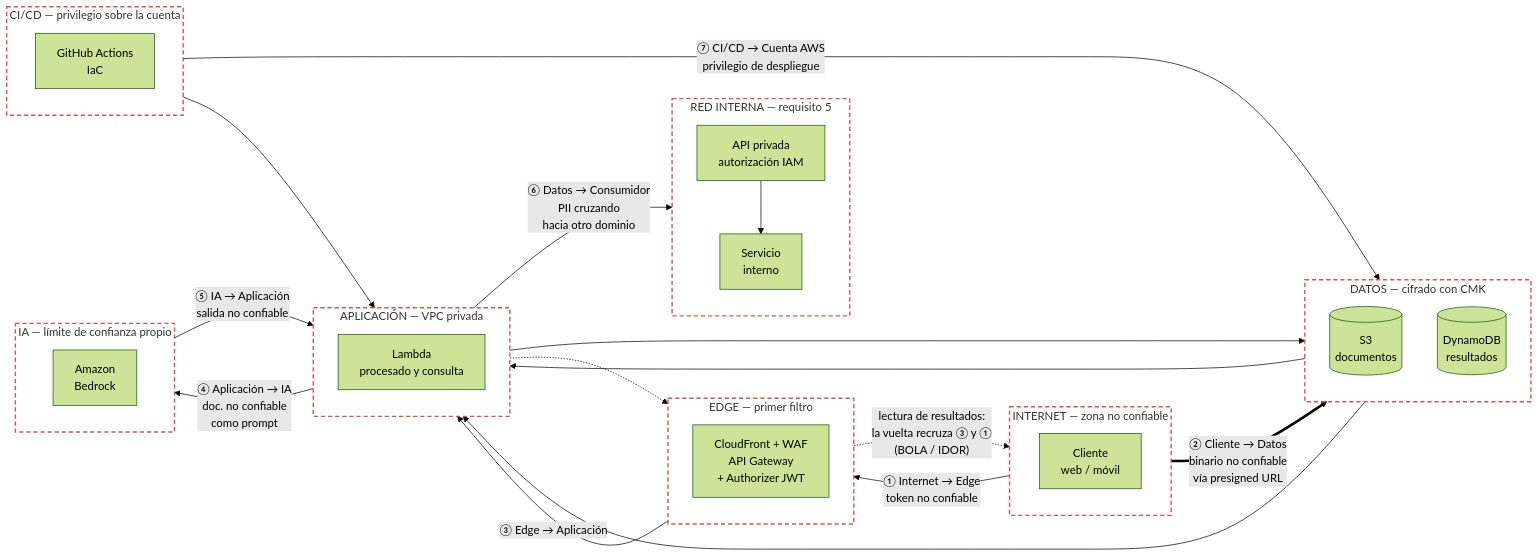
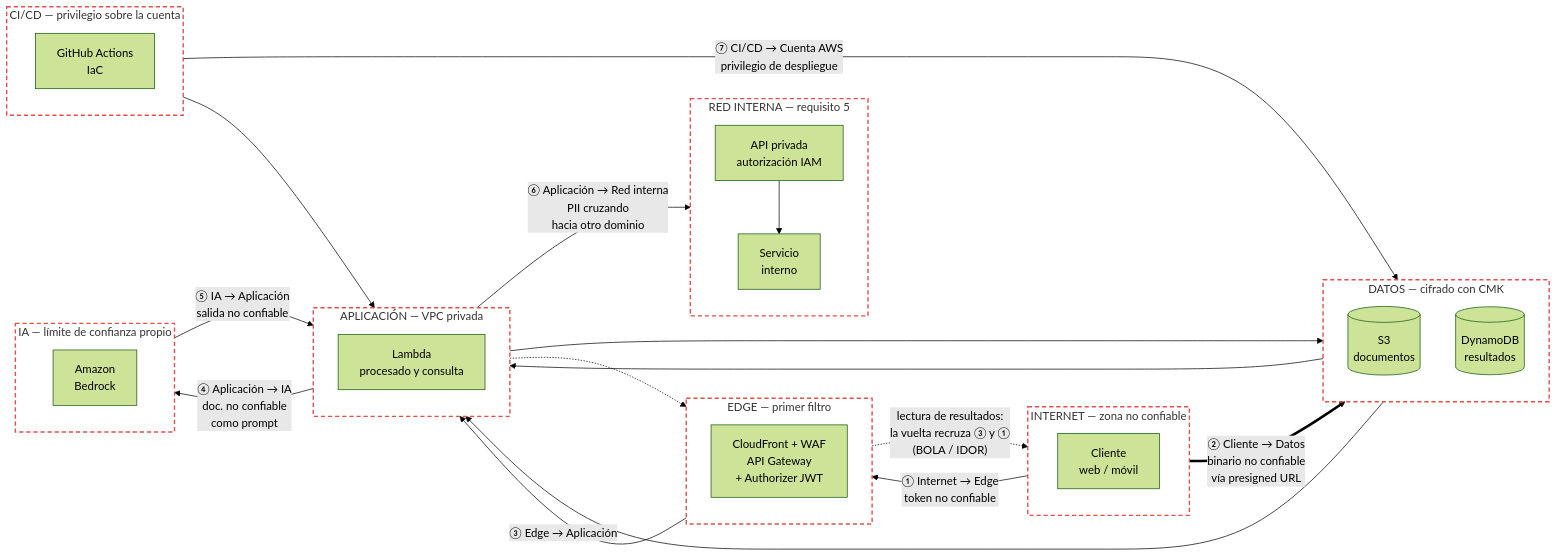
One commit to KrozFu/cloud-appsec-technical-test changed the diagram in challenge-1-cloud-architecture/threat-model.md. Above: the diagram before and after it, drawn with Mermaid (forest theme). The commit also changed other lines of this file, not shown here.

Commit message:
fix(threat-model): correct flow label and threat component name
- Flow 6 label changed from 'Datos -> Consumidor' to
  'Aplicacion -> Red interna' to match trust boundary name
- Threat #11 component simplified from full flow path to
  just 'API privada de resultados (limite 6)'

````diff
--- a/challenge-1-cloud-architecture/threat-model.md
+++ b/challenge-1-cloud-architecture/threat-model.md
@@ -34,59 +34,59 @@
 ```mermaid
 flowchart LR
     subgraph tb1["INTERNET — zona no confiable"]
         direction TB
         cliente["Cliente<br/>web / móvil"]
     end
 
     subgraph tb7["CI/CD — privilegio sobre la cuenta"]
         direction TB
         cicd["GitHub Actions<br/>IaC"]
     end
 
     subgraph tb2["EDGE — primer filtro"]
         direction TB
         edge["CloudFront + WAF<br/>API Gateway<br/>+ Authorizer JWT"]
     end
 
     subgraph tb3["APLICACIÓN — VPC privada"]
         direction TB
         lambda["Lambda<br/>procesado y consulta"]
     end
 
     subgraph tb4["DATOS — cifrado con CMK"]
         direction TB
         s3[("S3<br/>documentos")]
         ddb[("DynamoDB<br/>resultados")]
     end
 
     subgraph tb5["IA — límite de confianza propio"]
         direction TB
         bedrock["Amazon<br/>Bedrock"]
     end
 
     subgraph tb6["RED INTERNA — requisito 5"]
         direction TB
         privapi["API privada<br/>autorización IAM"]
         interno["Servicio<br/>interno"]
     end
 
     cliente -->|"① Internet → Edge<br/>token no confiable"| edge
     cliente ==>|"② Cliente → Datos<br/>binario no confiable<br/>vía presigned URL"| s3
     edge -->|"③ Edge → Aplicación"| lambda
     s3 --> lambda
     lambda -->|"④ Aplicación → IA<br/>doc. no confiable<br/>como prompt"| bedrock
     bedrock -->|"⑤ IA → Aplicación<br/>salida no confiable"| lambda
     lambda --> ddb
     ddb --> lambda
-    lambda -->|"⑥ Datos → Consumidor<br/>PII cruzando<br/>hacia otro dominio"| privapi
+    lambda -->|"⑥ Aplicación → Red interna<br/>PII cruzando<br/>hacia otro dominio"| privapi
     privapi --> interno
     cicd -->|"⑦ CI/CD → Cuenta AWS<br/>privilegio de despliegue"| s3
     cicd --> lambda
 
     lambda -.-> edge
     edge -.->|"lectura de resultados:<br/>la vuelta recruza ③ y ①<br/>(BOLA / IDOR)"| cliente
 
     classDef tb fill:none,stroke:#e05252,stroke-width:2px,stroke-dasharray:6 4
 
     class tb1,tb2,tb3,tb4,tb5,tb6,tb7 tb
 ```
````
